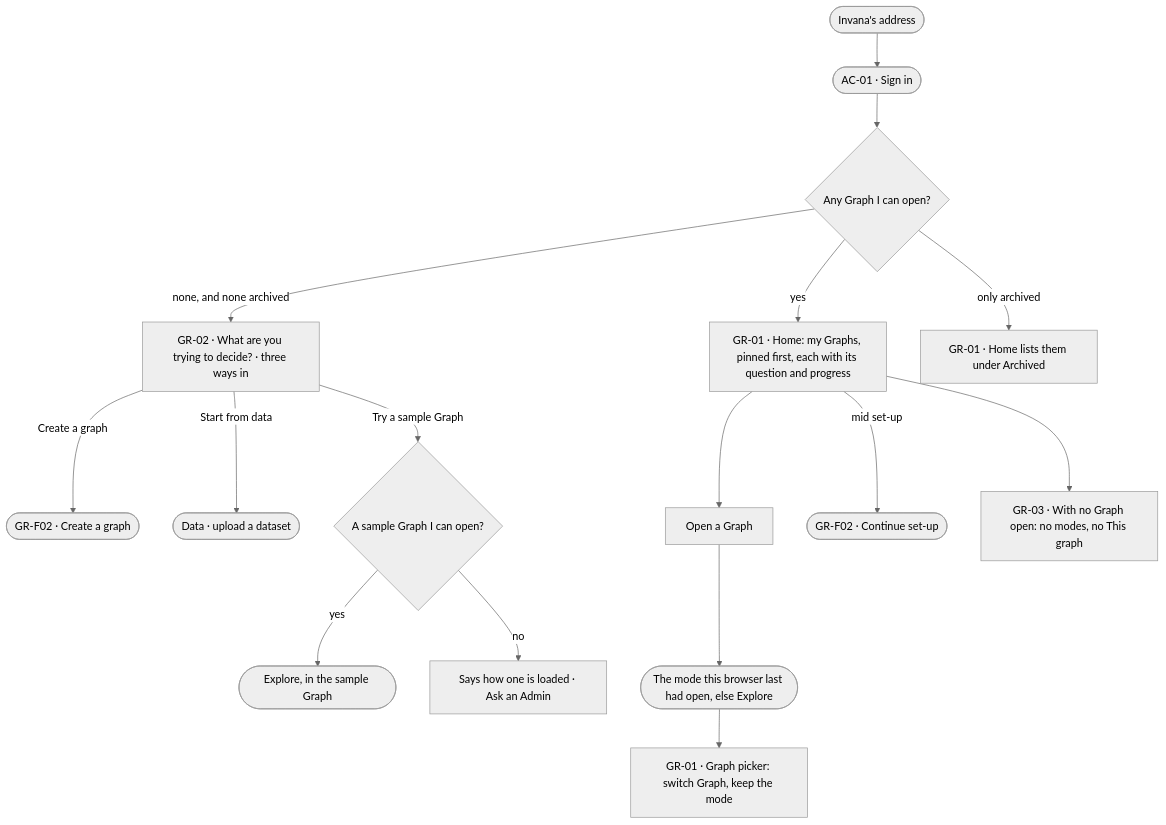
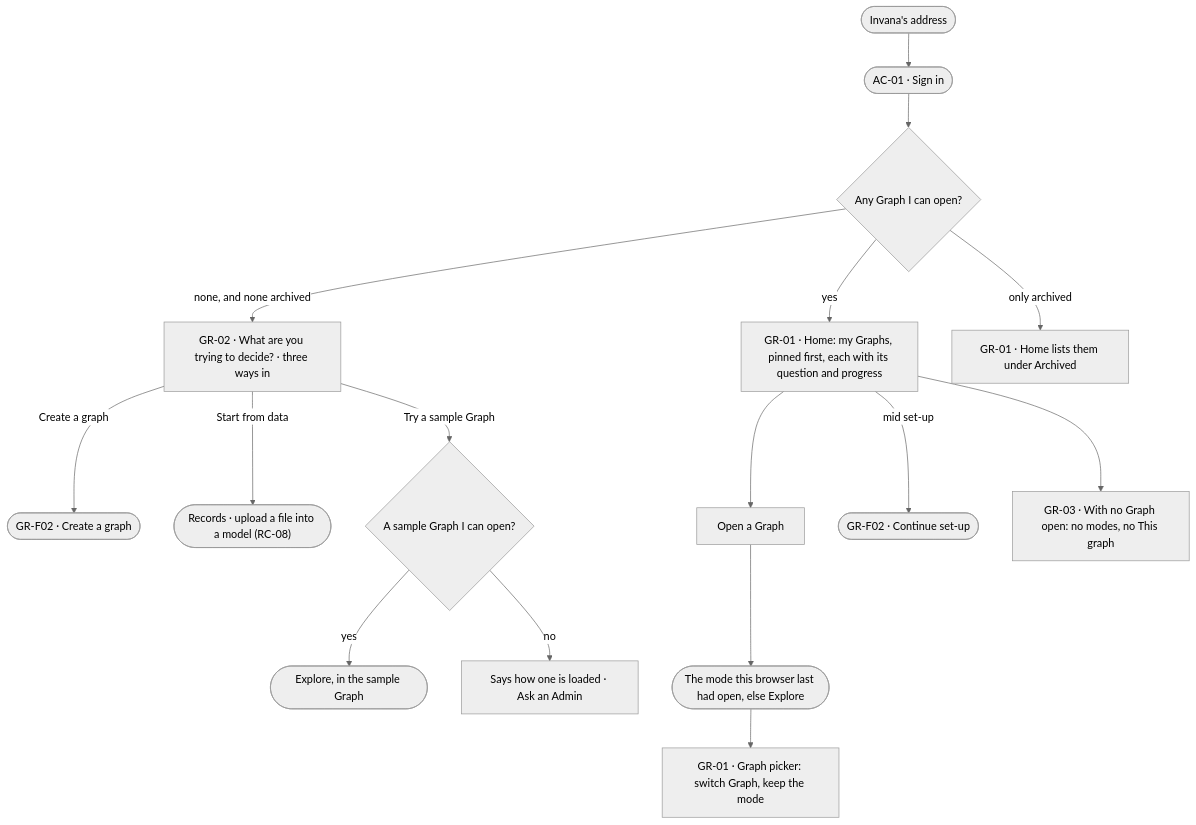
Before and after one commit to invana/invana: the diagram in specs/os/graph/features/GR-F01-open-a-graph/feature.md, drawn with Mermaid (neutral theme). The commit also changed other lines of this file and 637 other files, not shown here.

````diff
--- a/specs/os/graph/features/GR-F01-open-a-graph/feature.md
+++ b/specs/os/graph/features/GR-F01-open-a-graph/feature.md
@@ -22,17 +23,17 @@
 ```mermaid
 flowchart TD
   s([Invana's address]) --> si(["AC-01 · Sign in"])
   si --> h{"Any Graph I can open?"}
   h -->|none, and none archived| fr["GR-02 · What are you trying to decide? · three ways in"]
   fr -->|Create a graph| cg(["GR-F02 · Create a graph"])
-  fr -->|Start from data| dt(["Data · upload a dataset"])
+  fr -->|Start from data| dt(["Records · upload a file into a model (RC-08)"])
   fr -->|Try a sample Graph| sm{"A sample Graph I can open?"}
   sm -->|yes| ex(["Explore, in the sample Graph"])
   sm -->|no| ld["Says how one is loaded · Ask an Admin"]
   h -->|yes| home["GR-01 · Home: my Graphs, pinned first, each with its question and progress"]
   h -->|only archived| arc["GR-01 · Home lists them under Archived"]
   home --> op["Open a Graph"] --> mode(["The mode this browser last had open, else Explore"])
   home -->|mid set-up| cs(["GR-F02 · Continue set-up"])
   mode --> gp["GR-01 · Graph picker: switch Graph, keep the mode"]
   home --> nav["GR-03 · With no Graph open: no modes, no This graph"]
 ```
````
